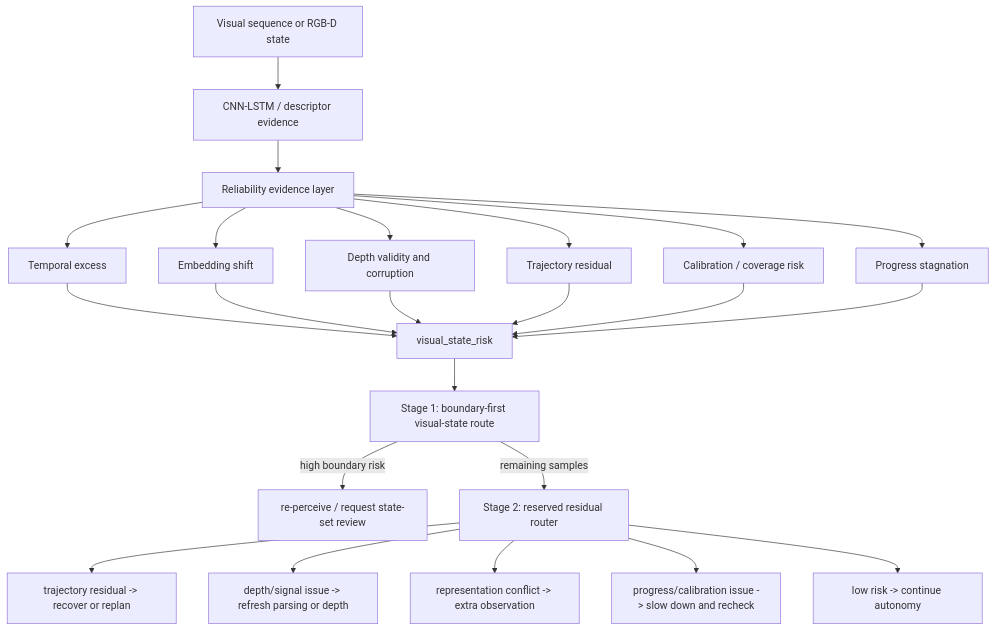
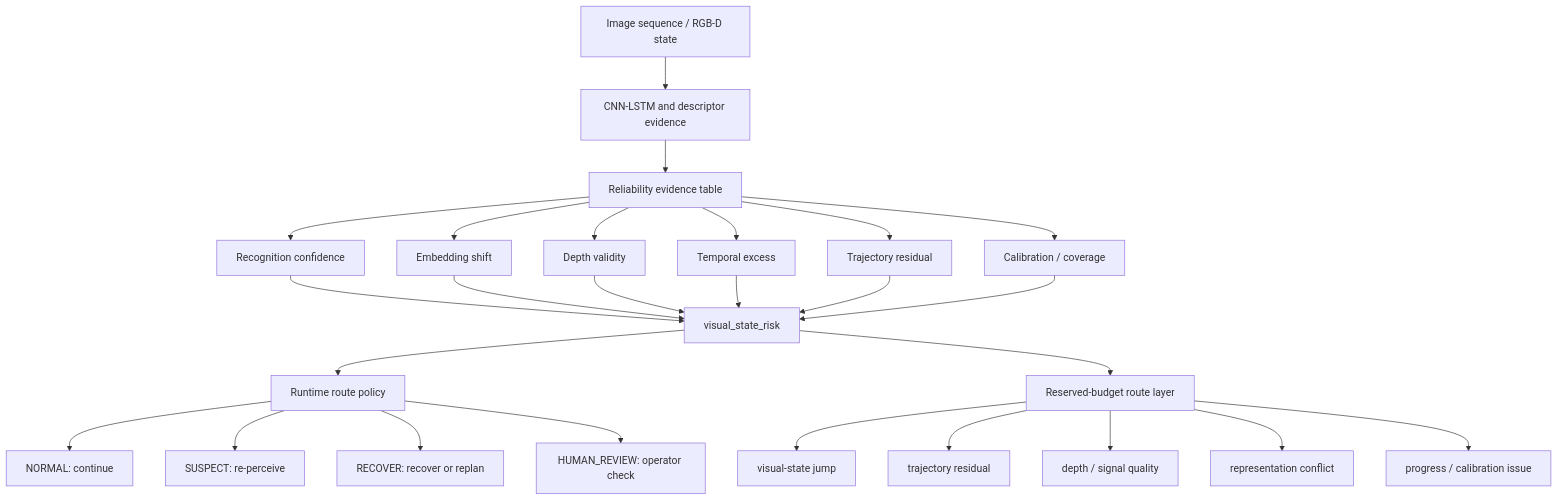
The diagram in README.md (Tengyu-w/reliability-aware-robot-perception), drawn with Mermaid before and after one commit. The commit also changed other lines of this file and 1 other file, not shown here.

Commit message:
Restructure README around visual-state reliability

````diff
--- a/README.md
+++ b/README.md
@@ -143,29 +120,32 @@
 ```mermaid
 flowchart TD
-    A["Visual sequence or RGB-D state"] --> B["CNN-LSTM / descriptor evidence"]
-    B --> C["Reliability evidence layer"]
+    A["Image sequence / RGB-D state"] --> B["CNN-LSTM and descriptor evidence"]
+    B --> C["Reliability evidence table"]
 
-    C --> D1["Temporal excess"]
+    C --> D1["Recognition confidence"]
     C --> D2["Embedding shift"]
-    C --> D3["Depth validity and corruption"]
-    C --> D4["Trajectory residual"]
-    C --> D5["Calibration / coverage risk"]
-    C --> D6["Progress stagnation"]
+    C --> D3["Depth validity"]
+    C --> D4["Temporal excess"]
+    C --> D5["Trajectory residual"]
+    C --> D6["Calibration / coverage"]
 
     D1 --> E["visual_state_risk"]
     D2 --> E
     D3 --> E
     D4 --> E
     D5 --> E
     D6 --> E
 
-    E --> F["Stage 1: boundary-first visual-state route"]
-    F -->|high boundary risk| G["re-perceive / request state-set review"]
-    F -->|remaining samples| H["Stage 2: reserved residual router"]
+    E --> F["Runtime route policy"]
+    F --> G1["NORMAL: continue"]
+    F --> G2["SUSPECT: re-perceive"]
+    F --> G3["RECOVER: recover or replan"]
+    F --> G4["HUMAN_REVIEW: operator check"]
 
-    H --> I1["trajectory residual -> recover or replan"]
-    H --> I2["depth/signal issue -> refresh parsing or depth"]
-    H --> I3["representation conflict -> extra observation"]
-    H --> I4["progress/calibration issue -> slow down and recheck"]
-    H --> I5["low risk -> continue autonomy"]
+    E --> H["Reserved-budget route layer"]
+    H --> I1["visual-state jump"]
+    H --> I2["trajectory residual"]
+    H --> I3["depth / signal quality"]
+    H --> I4["representation conflict"]
+    H --> I5["progress / calibration issue"]
 ```
````
